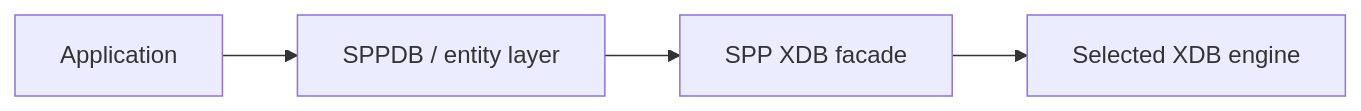
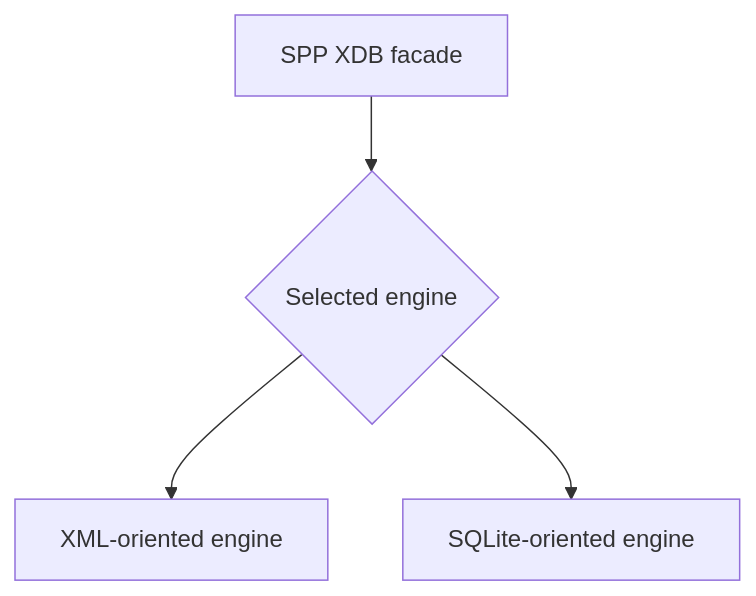
One commit to shuklasp/spp changed the second of 5 diagrams in documentation/handbook/40-data-entities-sppdb-and-xdb.md. Above: the diagram before and after it, drawn with Mermaid. The commit also changed other lines of this file, not shown here.

Commit message:
docs: reconcile persistence architecture branch

````diff
--- a/documentation/handbook/40-data-entities-sppdb-and-xdb.md
+++ b/documentation/handbook/40-data-entities-sppdb-and-xdb.md
@@ -182,6 +73,6 @@
 ```mermaid
-flowchart LR
-    A[Application] --> B[SPPDB / entity layer]
-    B --> C[SPP XDB facade]
-    C --> D[Selected XDB engine]
+flowchart TD
+    A[SPP XDB facade] --> B{Selected engine}
+    B --> C[XML-oriented engine]
+    B --> D[SQLite-oriented engine]
 ```
````
